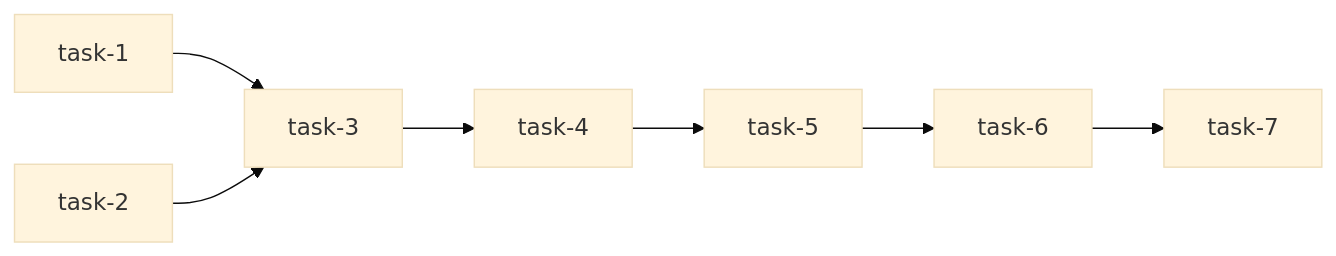
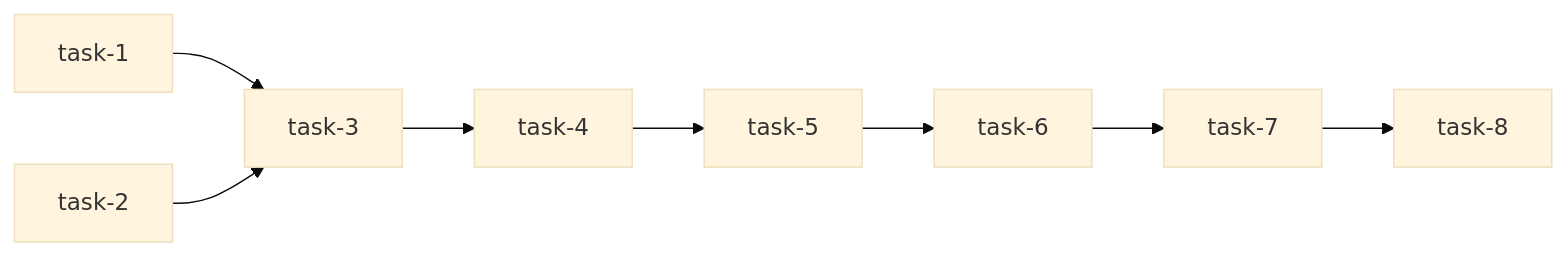
Before and after one commit to merge-mates/patent-ai-workspace: the fifth of 5 diagrams in docs/features/F1/tasks.md, drawn with Mermaid (base theme). The commit also changed other lines of this file and 1 other file, not shown here.

First line of the commit message:
docs(docs): F1 m1-i2-18 task-8 계획·결과와 설계 맞추기

````diff
--- a/docs/features/F1/tasks.md
+++ b/docs/features/F1/tasks.md
@@ -232,9 +232,10 @@
 ```mermaid
 graph LR
     task-1 --> task-3
     task-2 --> task-3
     task-3 --> task-4
     task-4 --> task-5
     task-5 --> task-6
     task-6 --> task-7
+    task-7 --> task-8
 ```
````
